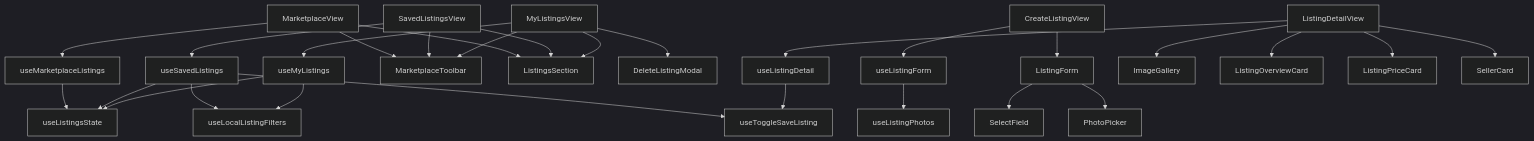
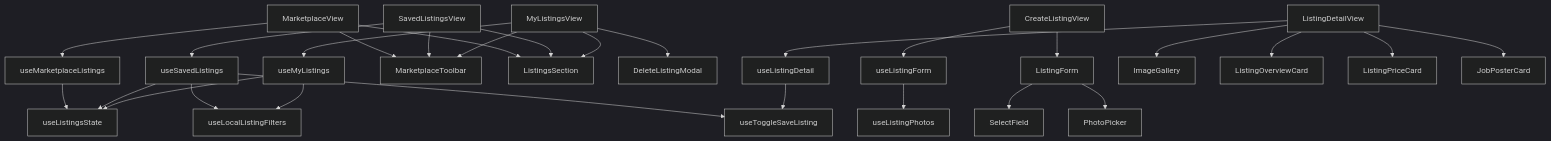
The diagram in src/modules/dash/user/marketplace/doc/STRUCTURE.md (Mern-Unbeatable/mohammad_web), drawn with Mermaid (dark theme) before and after one commit. The commit also changed other lines of this file and 25 other files, not shown here.

````diff
--- a/src/modules/dash/user/marketplace/doc/STRUCTURE.md
+++ b/src/modules/dash/user/marketplace/doc/STRUCTURE.md
@@ -101,12 +101,12 @@
 ```mermaid
 flowchart TD
   MarketplaceView --> useMarketplaceListings --> useListingsState
   SavedListingsView --> useSavedListings --> useLocalListingFilters & useListingsState & useToggleSaveListing
   MyListingsView --> useMyListings --> useLocalListingFilters & useListingsState
   MarketplaceView & SavedListingsView & MyListingsView --> MarketplaceToolbar & ListingsSection
   MyListingsView --> DeleteListingModal
   CreateListingView --> useListingForm --> useListingPhotos
   CreateListingView --> ListingForm --> SelectField & PhotoPicker
   ListingDetailView --> useListingDetail --> useToggleSaveListing
-  ListingDetailView --> ImageGallery & ListingOverviewCard & ListingPriceCard & SellerCard
+  ListingDetailView --> ImageGallery & ListingOverviewCard & ListingPriceCard & JobPosterCard
 ```
````
